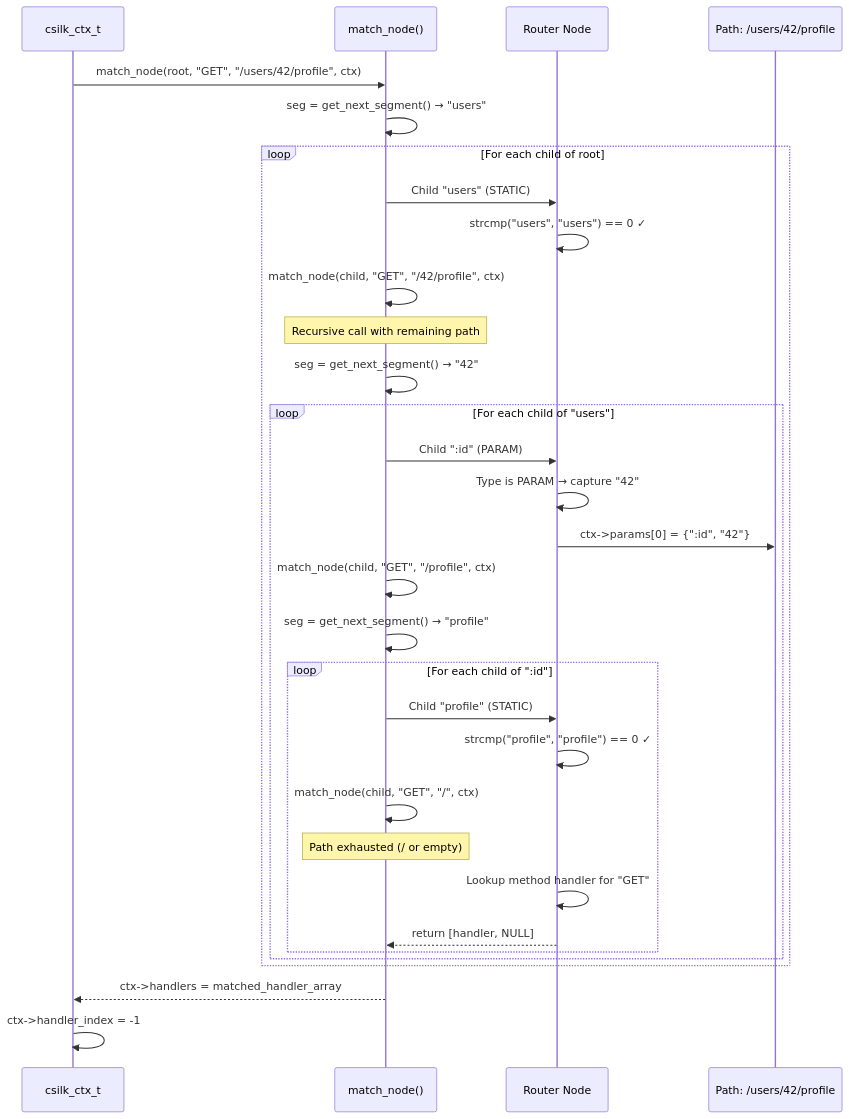
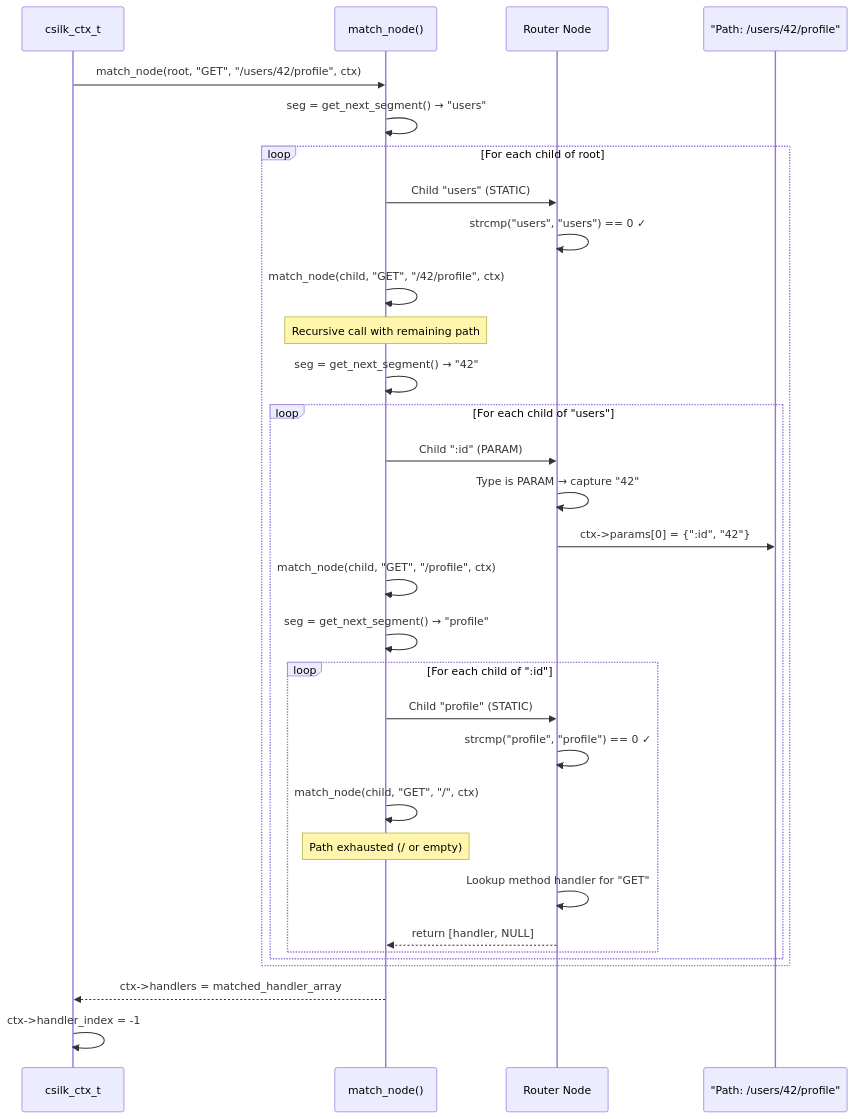
Before and after one commit to quintin-lee/csilk: the fourth of 5 diagrams in docs/module-design/router.md, drawn with Mermaid. The commit also changed other lines of this file and 1 other file, not shown here.

Commit message:
fix: mermaid syntax issues - '--' in message, unquoted alias with colon, typo in state

````diff
--- a/docs/module-design/router.md
+++ b/docs/module-design/router.md
@@ -86,40 +86,40 @@
 ```mermaid
 sequenceDiagram
     participant C as csilk_ctx_t
     participant R as match_node()
     participant N as Router Node
-    participant P as Path: /users/42/profile
+    participant P as "Path: /users/42/profile"
 
     C->>R: match_node(root, "GET", "/users/42/profile", ctx)
 
     R->>R: seg = get_next_segment() → "users"
 
     loop For each child of root
         R->>N: Child "users" (STATIC)
         N->>N: strcmp("users", "users") == 0 ✓
         R->>R: match_node(child, "GET", "/42/profile", ctx)
         Note over R: Recursive call with remaining path
 
         R->>R: seg = get_next_segment() → "42"
         loop For each child of "users"
             R->>N: Child ":id" (PARAM)
             N->>N: Type is PARAM → capture "42"
             N->>P: ctx->params[0] = {":id", "42"}
             R->>R: match_node(child, "GET", "/profile", ctx)
 
             R->>R: seg = get_next_segment() → "profile"
             loop For each child of ":id"
                 R->>N: Child "profile" (STATIC)
                 N->>N: strcmp("profile", "profile") == 0 ✓
                 R->>R: match_node(child, "GET", "/", ctx)
 
                 Note over R: Path exhausted (/ or empty)
                 N->>N: Lookup method handler for "GET"
                 N-->>R: return [handler, NULL]
             end
         end
     end
 
     R-->>C: ctx->handlers = matched_handler_array
     C->>C: ctx->handler_index = -1
 ```
````
